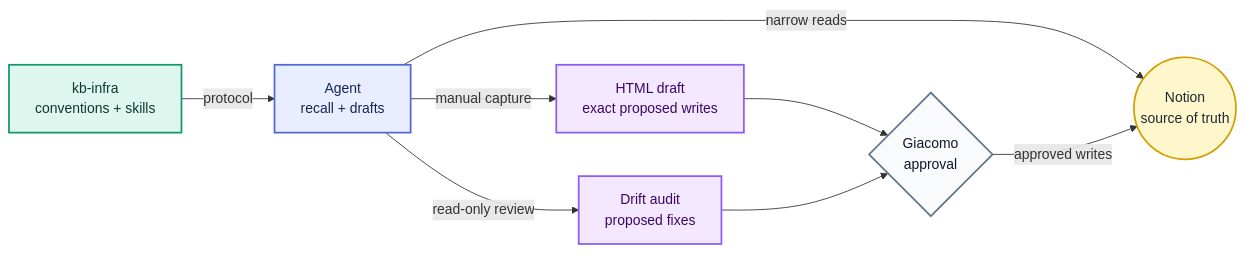
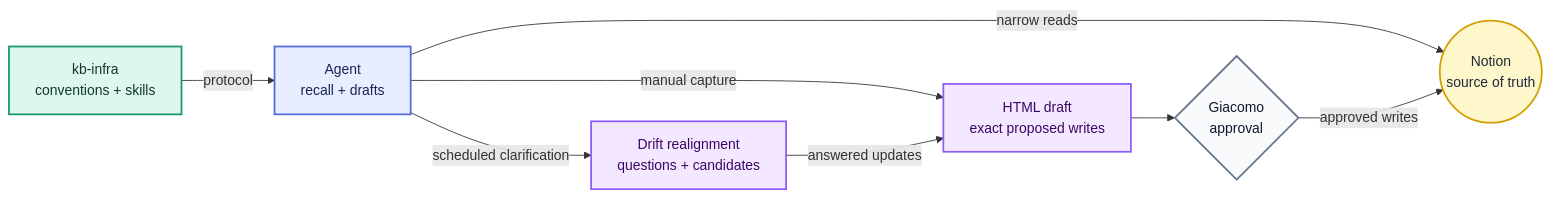
One commit to giacomoguidotto/kb-infra changed the diagram in README.md. Above: the diagram before and after it, drawn with Mermaid. The commit also changed other lines of this file and 4 other files, not shown here.

Commit message:
docs: document kb drift realignment workflow

````diff
--- a/README.md
+++ b/README.md
@@ -35,29 +35,29 @@
 ```mermaid
 flowchart LR
     repo["kb-infra<br/>conventions + skills"]
     notion(("Notion<br/>source of truth"))
     agent["Agent<br/>recall + drafts"]
     draft["HTML draft<br/>exact proposed writes"]
-    audit["Drift audit<br/>proposed fixes"]
+    realign["Drift realignment<br/>questions + candidates"]
     approval{"Giacomo<br/>approval"}
 
     repo -- "protocol" --> agent
     agent -- "narrow reads" --> notion
     agent -- "manual capture" --> draft
-    agent -- "read-only review" --> audit
+    agent -- "scheduled clarification" --> realign
+    realign -- "answered updates" --> draft
     draft --> approval
-    audit --> approval
     approval -- "approved writes" --> notion
 
     classDef source fill:#fff7cc,stroke:#d39e00,stroke-width:2px,color:#1f2937;
     classDef protocol fill:#ddf7ef,stroke:#159570,stroke-width:2px,color:#12372f;
     classDef runtime fill:#e8edff,stroke:#5267d8,stroke-width:2px,color:#172554;
     classDef artifact fill:#f3e8ff,stroke:#8b5cf6,stroke-width:2px,color:#3b0764;
     classDef decision fill:#f8fafc,stroke:#64748b,stroke-width:2px,color:#0f172a;
 
     class notion source;
     class repo protocol;
     class agent runtime;
-    class draft,audit artifact;
+    class draft,realign artifact;
     class approval decision;
 ```
````
